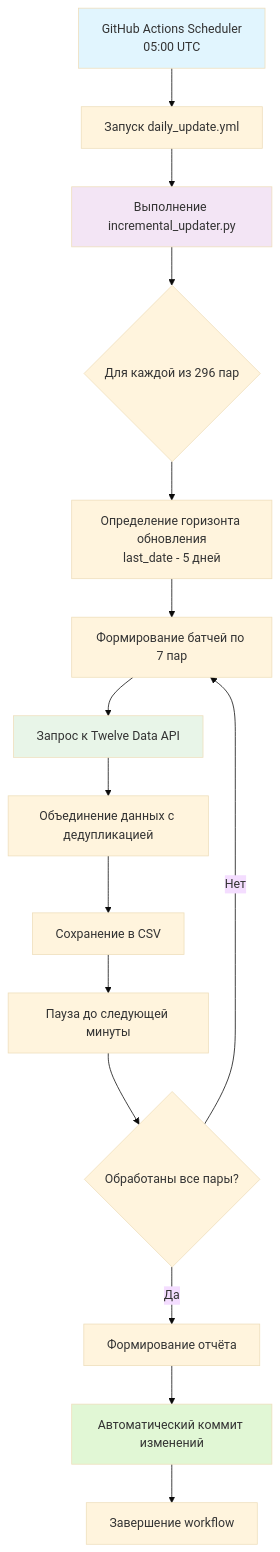
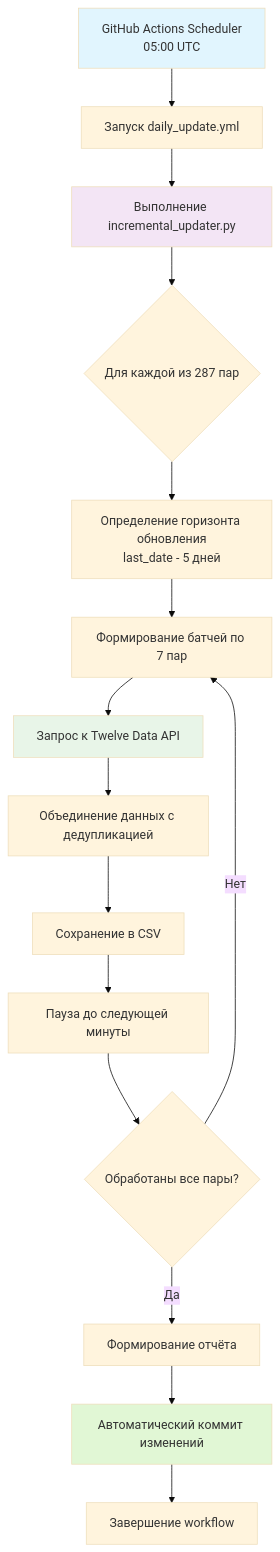
One commit to prog815/abscur3 changed the first of 2 diagrams in scripts/daily_update/README.md. Above: the diagram before and after it, drawn with Mermaid (base theme). The commit also changed other lines of this file, not shown here.

````diff
--- a/scripts/daily_update/README.md
+++ b/scripts/daily_update/README.md
@@ -38,24 +46,24 @@
 ```mermaid
 graph TD
     A[GitHub Actions Scheduler<br/>05:00 UTC] --> B[Запуск daily_update.yml]
     B --> C[Выполнение incremental_updater.py]
     
-    C --> D{Для каждой из 296 пар}
+    C --> D{Для каждой из 287 пар}
     D --> E[Определение горизонта обновления<br/>last_date - 5 дней]
     E --> F[Формирование батчей по 7 пар]
     F --> G[Запрос к Twelve Data API]
     G --> H[Объединение данных с дедупликацией]
     H --> I[Сохранение в CSV]
     
     I --> J[Пауза до следующей минуты]
     J --> K{Обработаны все пары?}
     K -->|Нет| F
     K -->|Да| L[Формирование отчёта]
     L --> M[Автоматический коммит изменений]
     M --> N[Завершение workflow]
     
     style A fill:#e1f5fe
     style C fill:#f3e5f5
     style G fill:#e8f5e8
     style M fill:#e1f7d5
 ```
````
